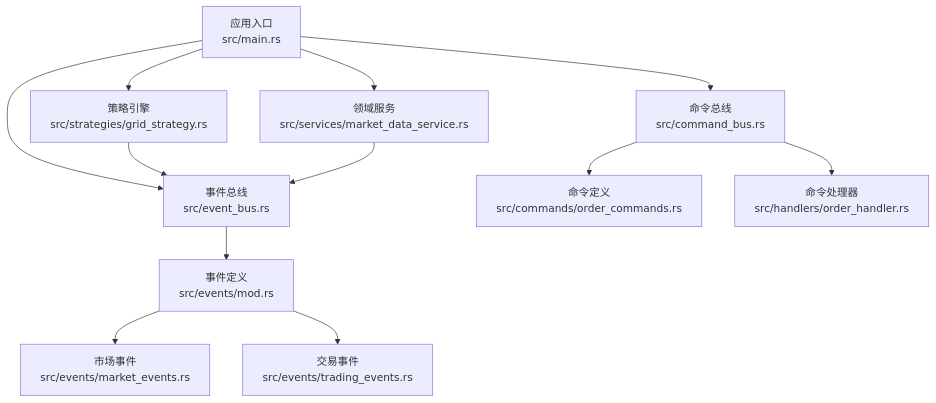
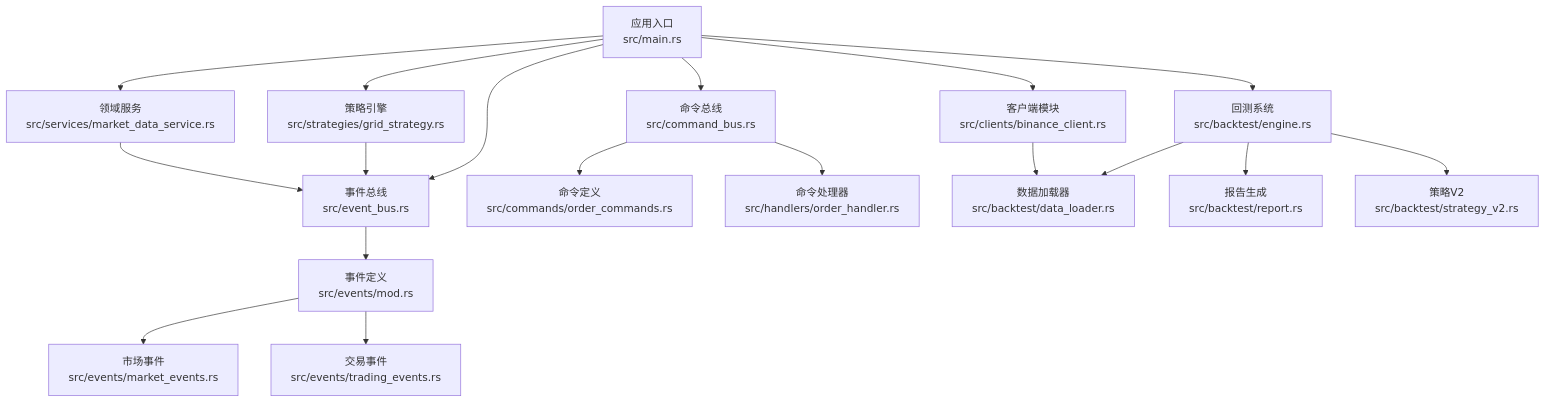
Before and after one commit to Heres1/binanceWebsocket: the first of 11 diagrams in .qoder/repowiki/zh/content/开发指南/开发指南.md, drawn with Mermaid. The commit also changed other lines of this file and 14 other files, not shown here.

````diff
--- a/.qoder/repowiki/zh/content/开发指南/开发指南.md
+++ b/.qoder/repowiki/zh/content/开发指南/开发指南.md
@@ -45,14 +57,20 @@
 ```mermaid
 graph TB
 A["应用入口<br/>src/main.rs"] --> B["事件总线<br/>src/event_bus.rs"]
 A --> C["命令总线<br/>src/command_bus.rs"]
 A --> D["策略引擎<br/>src/strategies/grid_strategy.rs"]
 A --> E["领域服务<br/>src/services/market_data_service.rs"]
-B --> F["事件定义<br/>src/events/mod.rs"]
-F --> F1["市场事件<br/>src/events/market_events.rs"]
-F --> F2["交易事件<br/>src/events/trading_events.rs"]
-C --> G["命令定义<br/>src/commands/order_commands.rs"]
-C --> H["命令处理器<br/>src/handlers/order_handler.rs"]
+A --> F["回测系统<br/>src/backtest/engine.rs"]
+A --> G["客户端模块<br/>src/clients/binance_client.rs"]
+B --> H["事件定义<br/>src/events/mod.rs"]
+H --> H1["市场事件<br/>src/events/market_events.rs"]
+H --> H2["交易事件<br/>src/events/trading_events.rs"]
+C --> I["命令定义<br/>src/commands/order_commands.rs"]
+C --> J["命令处理器<br/>src/handlers/order_handler.rs"]
 D --> B
 E --> B
+F --> K["数据加载器<br/>src/backtest/data_loader.rs"]
+F --> L["报告生成<br/>src/backtest/report.rs"]
+F --> M["策略V2<br/>src/backtest/strategy_v2.rs"]
+G --> K
 ```
````
